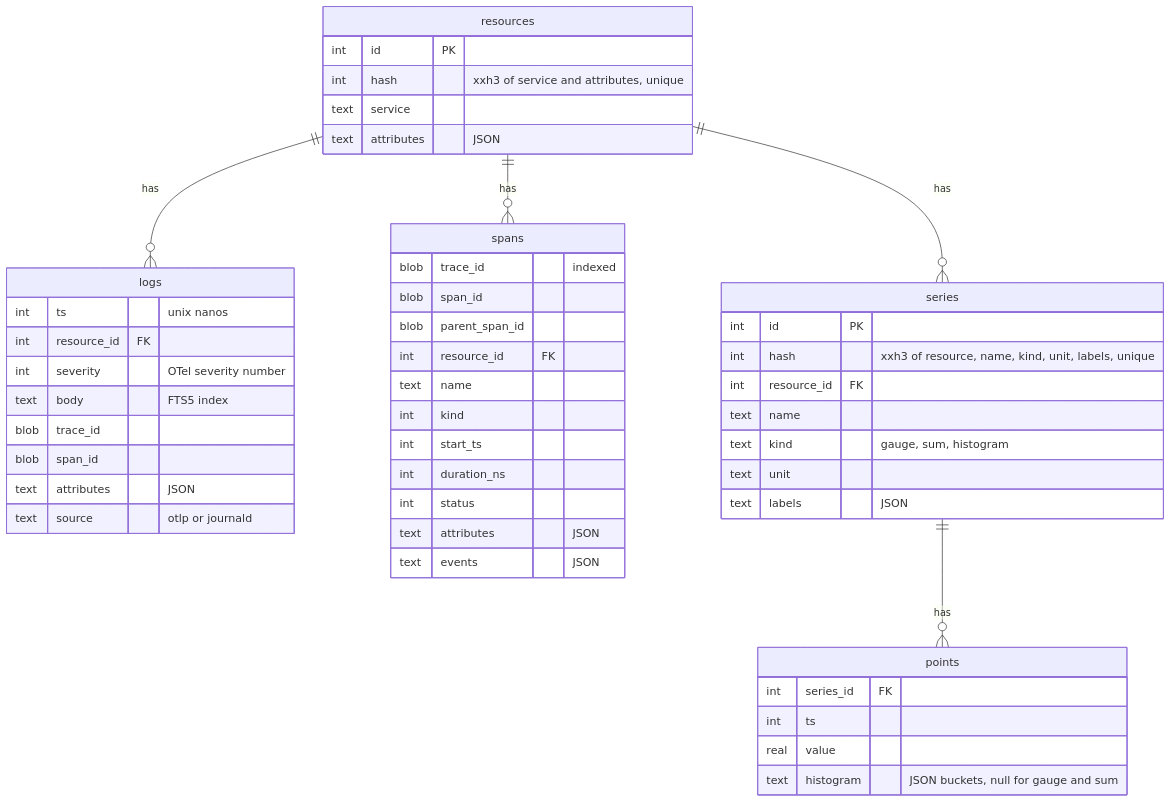
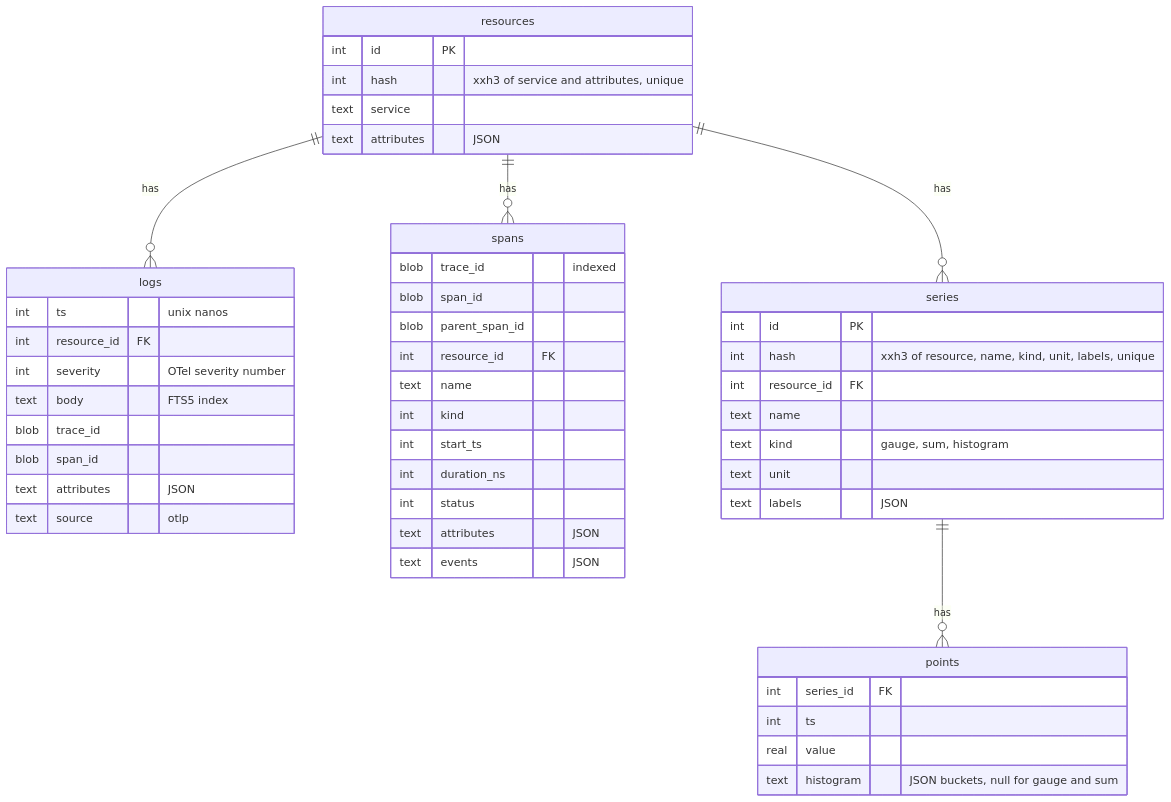
The second of 2 diagrams in docs/telemetry.md (sukovanej/otelo), drawn with Mermaid before and after one commit. The commit also changed other lines of this file, not shown here.

````diff
--- a/docs/telemetry.md
+++ b/docs/telemetry.md
@@ -37,51 +34,51 @@
 ```mermaid
 erDiagram
   resources ||--o{ logs : has
   resources ||--o{ spans : has
   resources ||--o{ series : has
   series ||--o{ points : has
   resources {
     int id PK
     int hash "xxh3 of service and attributes, unique"
     text service
     text attributes "JSON"
   }
   logs {
     int ts "unix nanos"
     int resource_id FK
     int severity "OTel severity number"
     text body "FTS5 index"
     blob trace_id
     blob span_id
     text attributes "JSON"
-    text source "otlp or journald"
+    text source "otlp"
   }
   spans {
     blob trace_id "indexed"
     blob span_id
     blob parent_span_id
     int resource_id FK
     text name
     int kind
     int start_ts
     int duration_ns
     int status
     text attributes "JSON"
     text events "JSON"
   }
   series {
     int id PK
     int hash "xxh3 of resource, name, kind, unit, labels, unique"
     int resource_id FK
     text name
     text kind "gauge, sum, histogram"
     text unit
     text labels "JSON"
   }
   points {
     int series_id FK
     int ts
     real value
     text histogram "JSON buckets, null for gauge and sum"
   }
 ```
````
